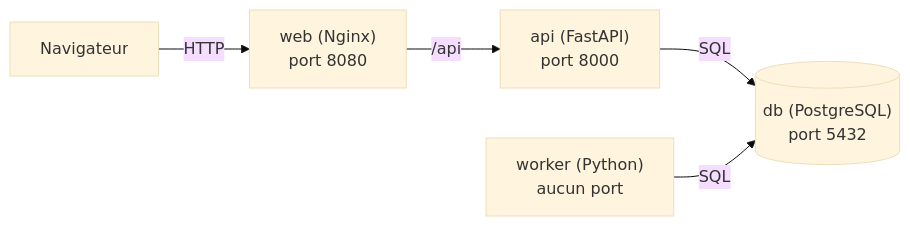
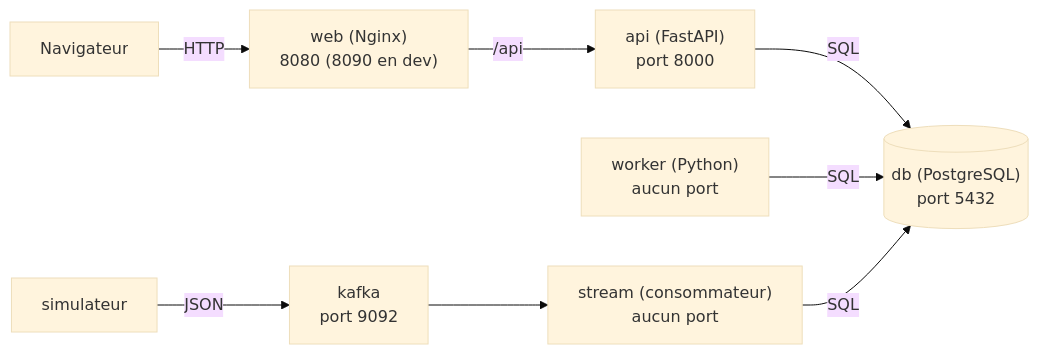
One commit to Karelle-koulibaly/campusdata changed the first of 3 diagrams in documents/architecture.md. Above: the diagram before and after it, drawn with Mermaid (base theme). The commit also changed other lines of this file and 1 other file, not shown here.

````diff
--- a/documents/architecture.md
+++ b/documents/architecture.md
@@ -111,7 +93,10 @@
 ```mermaid
 flowchart LR
-    N[Navigateur] -->|HTTP| W["web (Nginx)<br/>port 8080"]
+    N[Navigateur] -->|HTTP| W["web (Nginx)<br/>8080 (8090 en dev)"]
     W -->|"/api"| A["api (FastAPI)<br/>port 8000"]
     A -->|SQL| D[("db (PostgreSQL)<br/>port 5432")]
     K["worker (Python)<br/>aucun port"] -->|SQL| D
+    S["simulateur"] -->|JSON| Q["kafka<br/>port 9092"]
+    Q --> C["stream (consommateur)<br/>aucun port"]
+    C -->|SQL| D
 ```
````
